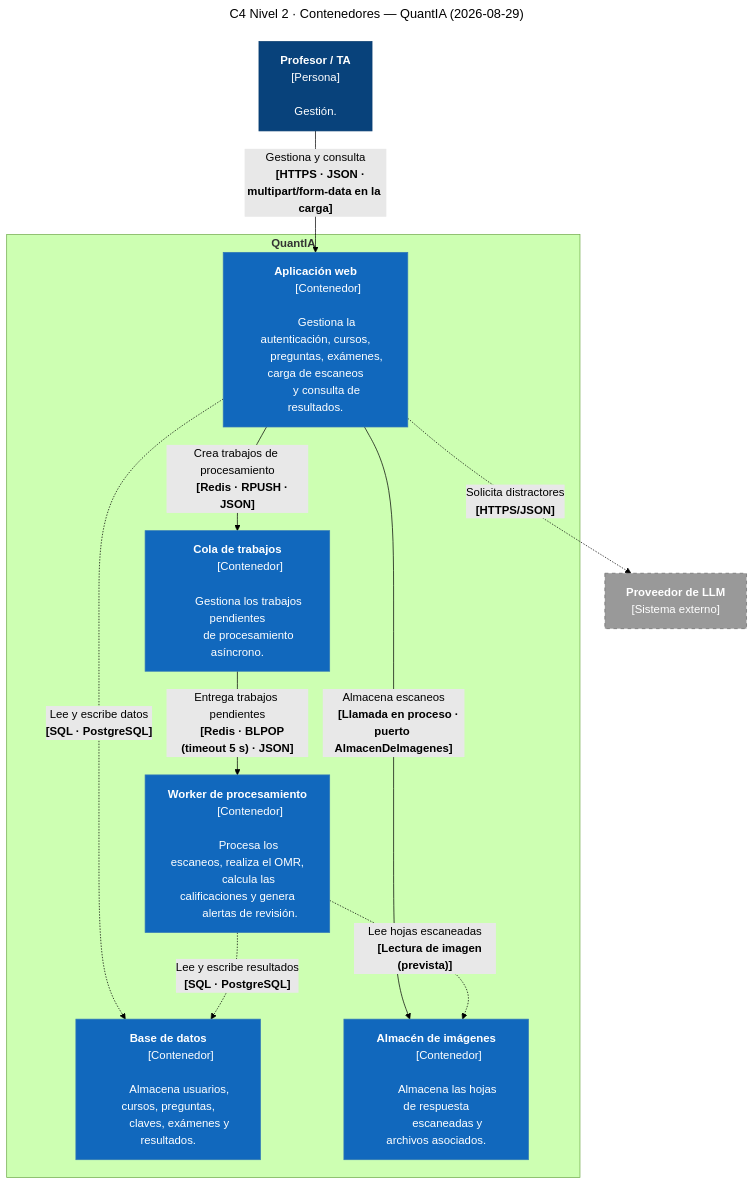
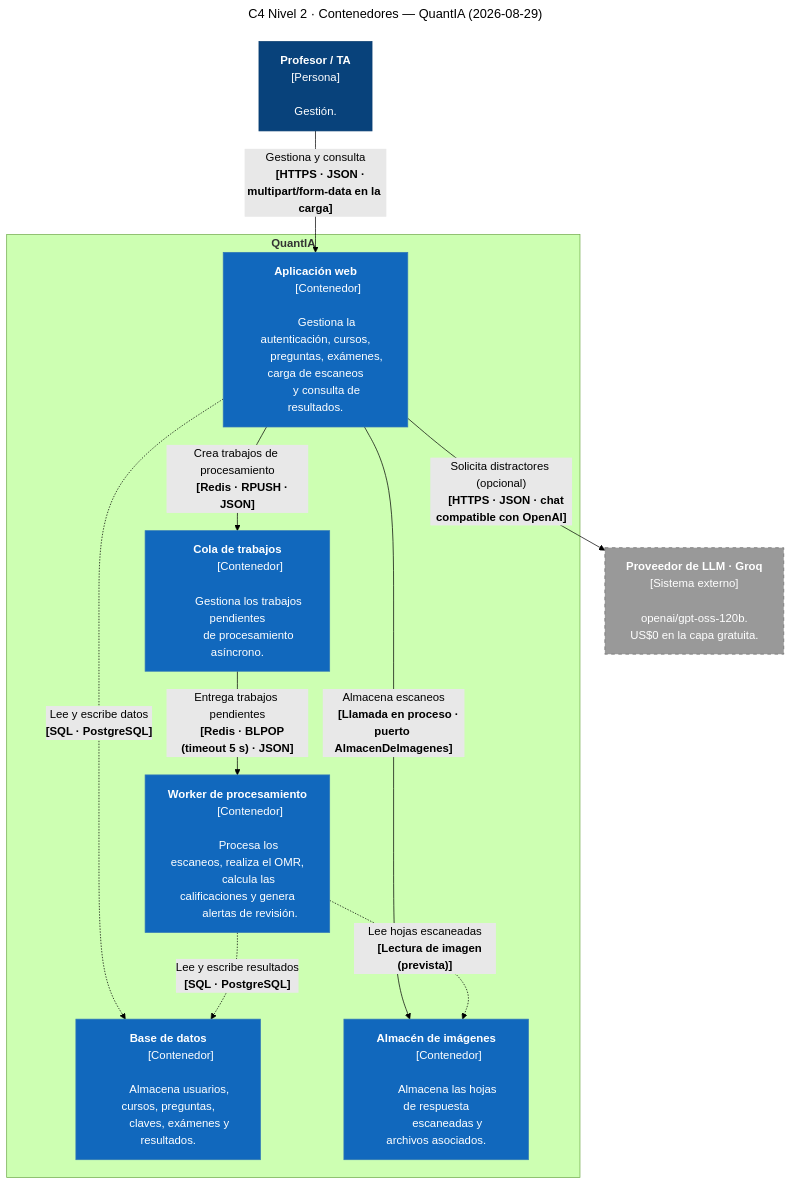
Before and after one commit to ISCOUTB/AS_202620_Sistema-de-calificacion-automatica: the second of 4 diagrams in docs/c4/doc-c4.md, drawn with Mermaid (forest theme). The commit also changed other lines of this file, not shown here.

First line of the commit message:
confirmar el proveedor de LLM como sistema externo construido

```diff
--- a/docs/c4/doc-c4.md
+++ b/docs/c4/doc-c4.md
@@ -209,8 +200,11 @@
         escaneadas y archivos asociados."]
     end
 
-    llm["<b>Proveedor de LLM</b>
-    [Sistema externo]"]
+    llm["<b>Proveedor de LLM · Groq</b>
+    [Sistema externo]
+
+    openai/gpt-oss-120b.
+    US$0 en la capa gratuita."]
 
     profesor -->|"Gestiona y consulta
     <b>[HTTPS · JSON · multipart/form-data en la carga]</b>"| web
@@ -233,8 +227,8 @@
     worker -.->|"Lee hojas escaneadas
     <b>[Lectura de imagen (prevista)]</b>"| imagenes
 
-    web -.->|"Solicita distractores
-    <b>[HTTPS/JSON]</b>"| llm
+    web -->|"Solicita distractores (opcional)
+    <b>[HTTPS · JSON · chat compatible con OpenAI]</b>"| llm
 
     classDef person fill:#08427B,stroke:#073B6F,color:#ffffff
     classDef container fill:#1168BD,stroke:#3379B7,color:#ffffff
```
